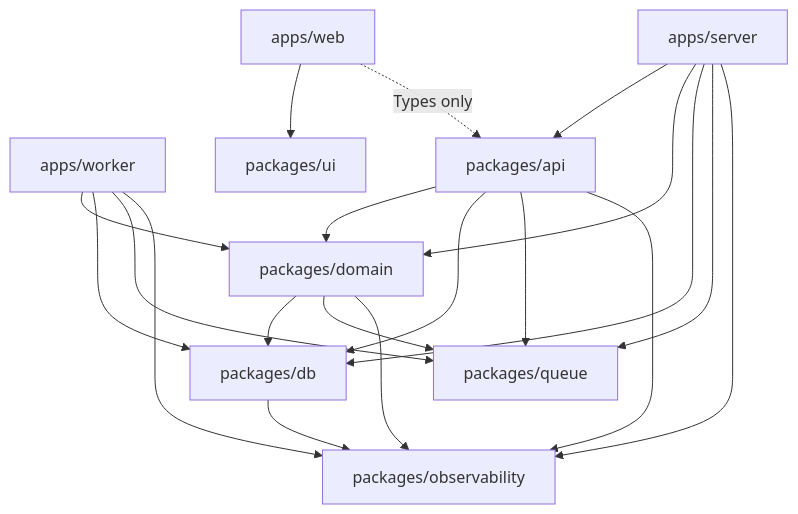
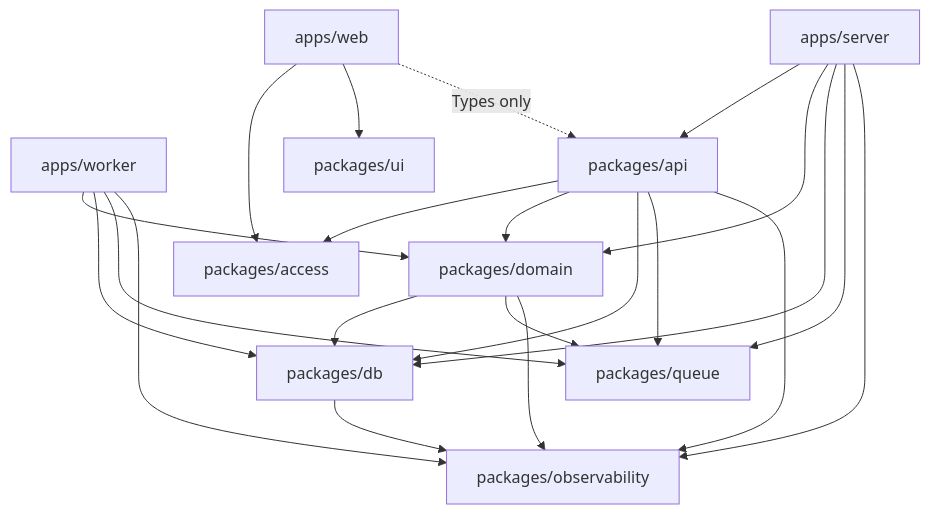
One commit to ShawnDen-coder/full-stack-example changed the diagram in docs/extension-design.md. Above: the diagram before and after it, drawn with Mermaid. The commit also changed other lines of this file and 32 other files, not shown here.

````diff
--- a/docs/extension-design.md
+++ b/docs/extension-design.md
@@ -240,31 +244,34 @@
 ```mermaid
 flowchart TB
   web["apps/web"]
   server["apps/server"]
   worker["apps/worker"]
   api["packages/api"]
+  access["packages/access"]
   business["packages/domain"]
   db["packages/db"]
   queue["packages/queue"]
   observability["packages/observability"]
   ui["packages/ui"]
+  web --> access
   web --> ui
   web -.->|Types only| api
   server --> api
   server --> business
   server --> db
   server --> queue
   server --> observability
   worker --> business
   worker --> db
   worker --> queue
   worker --> observability
+  api --> access
   api --> business
   api --> db
   api --> queue
   api --> observability
   business --> db
   business --> queue
   business --> observability
   db --> observability
 ```
````
